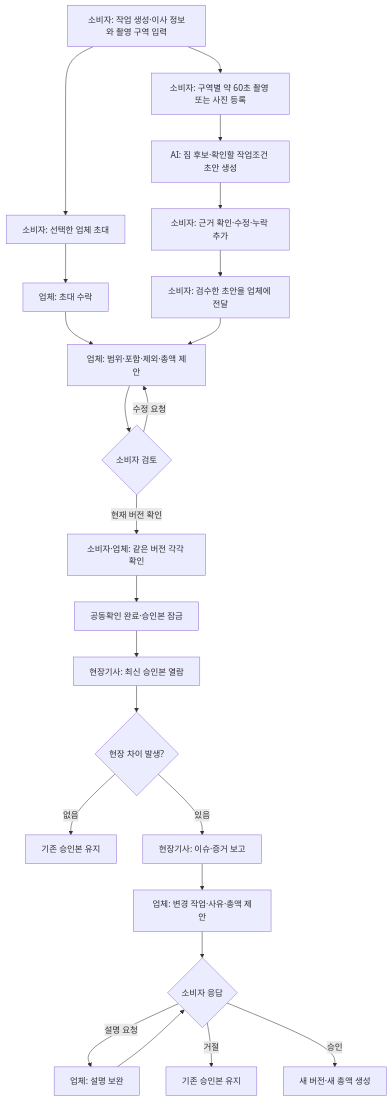
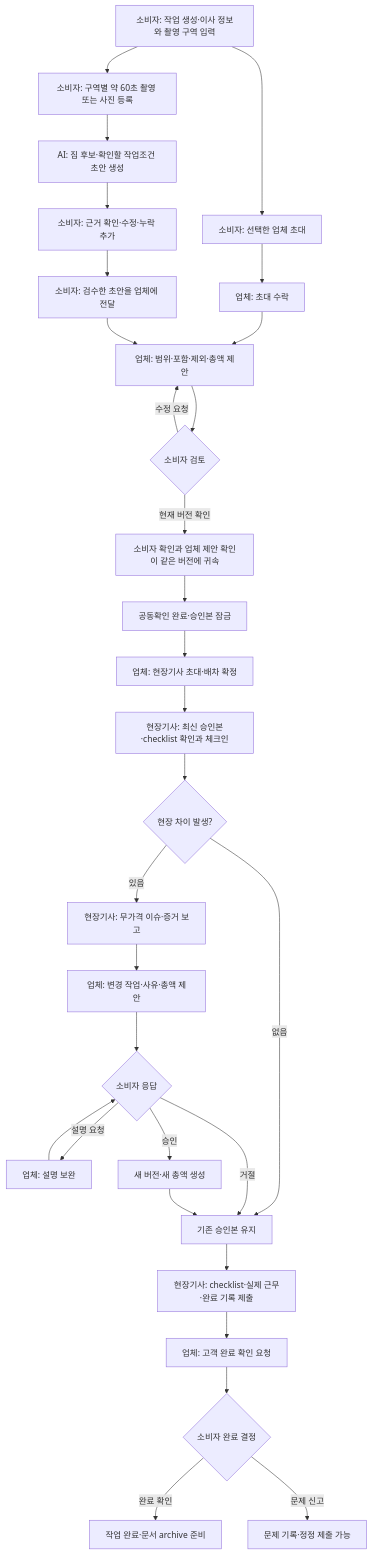
One commit to SEQRETE-TUK/SEQRET_FE changed the diagram in docs/frontend-design-brief.md. Above: the diagram before and after it, drawn with Mermaid. The commit also changed other lines of this file and 20 other files, not shown here.

Commit message:
Align product docs with PRD v2 and updated role flows

````diff
--- a/docs/frontend-design-brief.md
+++ b/docs/frontend-design-brief.md
@@ -130,25 +135,32 @@
 ```mermaid
 flowchart TD
     A["소비자: 작업 생성·이사 정보와 촬영 구역 입력"] --> B["소비자: 구역별 약 60초 촬영 또는 사진 등록"]
     B --> C["AI: 짐 후보·확인할 작업조건 초안 생성"]
     C --> D["소비자: 근거 확인·수정·누락 추가"]
     A --> E["소비자: 선택한 업체 초대"]
     E --> F["업체: 초대 수락"]
     D --> G["소비자: 검수한 초안을 업체에 전달"]
     F --> H["업체: 범위·포함·제외·총액 제안"]
     G --> H
     H --> I{"소비자 검토"}
     I -->|수정 요청| H
-    I -->|현재 버전 확인| J["소비자·업체: 같은 버전 각각 확인"]
+    I -->|현재 버전 확인| J["소비자 확인과 업체 제안 확인이 같은 버전에 귀속"]
     J --> K["공동확인 완료·승인본 잠금"]
-    K --> L["현장기사: 최신 승인본 열람"]
-    L --> M{"현장 차이 발생?"}
-    M -->|없음| N["기존 승인본 유지"]
-    M -->|있음| O["현장기사: 이슈·증거 보고"]
+    K --> L["업체: 현장기사 초대·배차 확정"]
+    L --> M["현장기사: 최신 승인본·checklist 확인과 체크인"]
+    M --> N{"현장 차이 발생?"}
+    N -->|없음| U["기존 승인본 유지"]
+    N -->|있음| O["현장기사: 무가격 이슈·증거 보고"]
     O --> P["업체: 변경 작업·사유·총액 제안"]
     P --> Q{"소비자 응답"}
     Q -->|설명 요청| R["업체: 설명 보완"]
     R --> Q
-    Q -->|거절| S["기존 승인본 유지"]
+    Q -->|거절| U
     Q -->|승인| T["새 버전·새 총액 생성"]
+    T --> U
+    U --> V["현장기사: checklist·실제 근무·완료 기록 제출"]
+    V --> W["업체: 고객 완료 확인 요청"]
+    W --> X{"소비자 완료 결정"}
+    X -->|완료 확인| Y["작업 완료·문서 archive 준비"]
+    X -->|문제 신고| Z["문제 기록·정정 제출 가능"]
 ```
````
